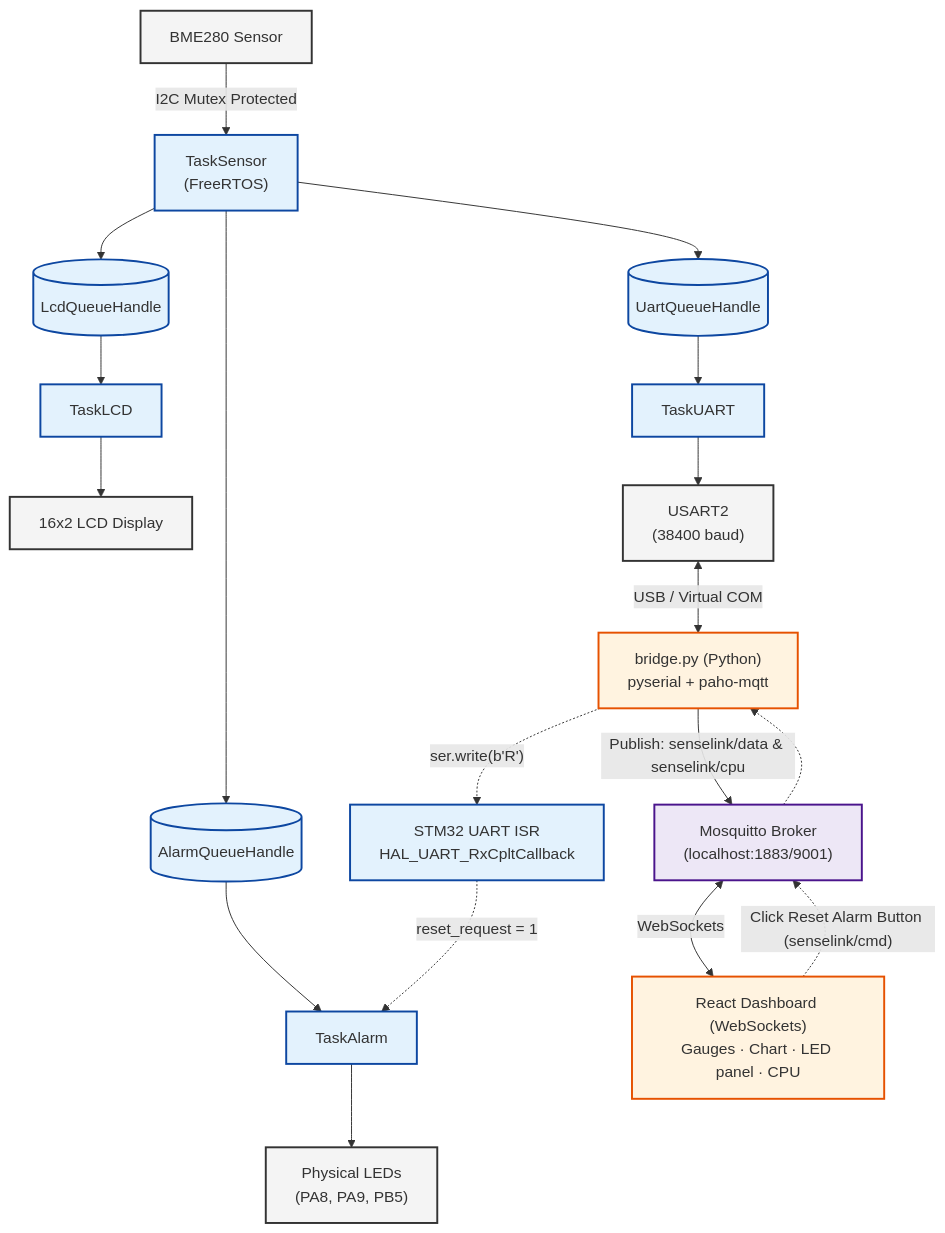
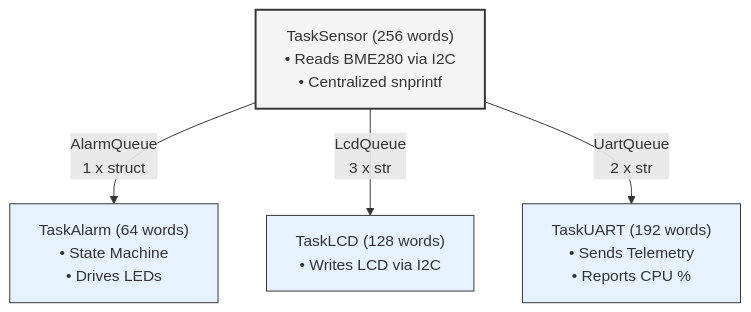
Before and after one commit to gienyne/SenseLink-Firmware-FreeRtos: the diagram in README.md, drawn with Mermaid.

````diff
--- a/README.md
+++ b/README.md
@@ -61,44 +62,19 @@
 ```mermaid
 graph TD
-    classDef HW fill:#f4f4f4,stroke:#333,stroke-width:2px;
-    classDef OS fill:#e3f2fd,stroke:#0d47a1,stroke-width:2px;
-    classDef SW fill:#fff3e0,stroke:#e65100,stroke-width:2px;
-    classDef NET fill:#ede7f6,stroke:#4a148c,stroke-width:2px;
+    %% Nodes
+    TaskSensor["TaskSensor (256 words)<br/>• Reads BME280 via I2C<br/>• Centralized snprintf"]
+    TaskAlarm["TaskAlarm (64 words)<br/>• State Machine<br/>• Drives LEDs"]
+    TaskLCD["TaskLCD (128 words)<br/>• Writes LCD via I2C"]
+    TaskUART["TaskUART (192 words)<br/>• Sends Telemetry<br/>• Reports CPU %"]
 
-    BME["BME280 Sensor"]:::HW
-    TS["TaskSensor<br/>(FreeRTOS)"]:::OS
-    
-    Q_Alarm[("AlarmQueueHandle")]:::OS
-    Q_Lcd[("LcdQueueHandle")]:::OS
-    Q_Uart[("UartQueueHandle")]:::OS
-    
-    TA["TaskAlarm"]:::OS
-    TL["TaskLCD"]:::OS
-    TU["TaskUART"]:::OS
-    
-    LEDs["Physical LEDs<br/>(PA8, PA9, PB5)"]:::HW
-    LCD["16x2 LCD Display"]:::HW
-    UART2["USART2<br/>(38400 baud)"]:::HW
+    %% Queues
+    TaskSensor -->|AlarmQueue<br/>1 x struct| TaskAlarm
+    TaskSensor -->|LcdQueue<br/>3 x str| TaskLCD
+    TaskSensor -->|UartQueue<br/>2 x str| TaskUART
 
-    BME -->|I2C Mutex Protected| TS
-    TS --> Q_Alarm --> TA --> LEDs
-    TS --> Q_Lcd --> TL --> LCD
-    TS --> Q_Uart --> TU --> UART2
-
-    PY["bridge.py (Python)<br/>pyserial + paho-mqtt"]:::SW
-    Broker["Mosquitto Broker<br/>(localhost:1883/9001)"]:::NET
-
-    UART2 <-->|USB / Virtual COM| PY
-    PY -->|"Publish: senselink/data & senselink/cpu"| Broker
-
-    Dashboard["React Dashboard (WebSockets)<br/>Gauges · Chart · LED panel · CPU"]:::SW
-    Broker <-->|WebSockets| Dashboard
-
-    %% --- PIPELINE DE RETOUR (RESET COMMAND) ---
-    ISR["STM32 UART ISR<br/>HAL_UART_RxCpltCallback"]:::OS
-    
-    Dashboard -.->|"Click Reset Alarm Button (senselink/cmd)"| Broker
-    Broker -.-> PY
-    PY -.->|"ser.write(b'R')"| ISR
-    ISR -.->|reset_request = 1| TA
+    %% Styling
+    style TaskSensor fill:#f4f4f4,stroke:#333,stroke-width:2px
+    style TaskAlarm fill:#e6f2ff,stroke:#333,stroke-width:1px
+    style TaskLCD fill:#e6f2ff,stroke:#333,stroke-width:1px
+    style TaskUART fill:#e6f2ff,stroke:#333,stroke-width:1px
 ```
````
